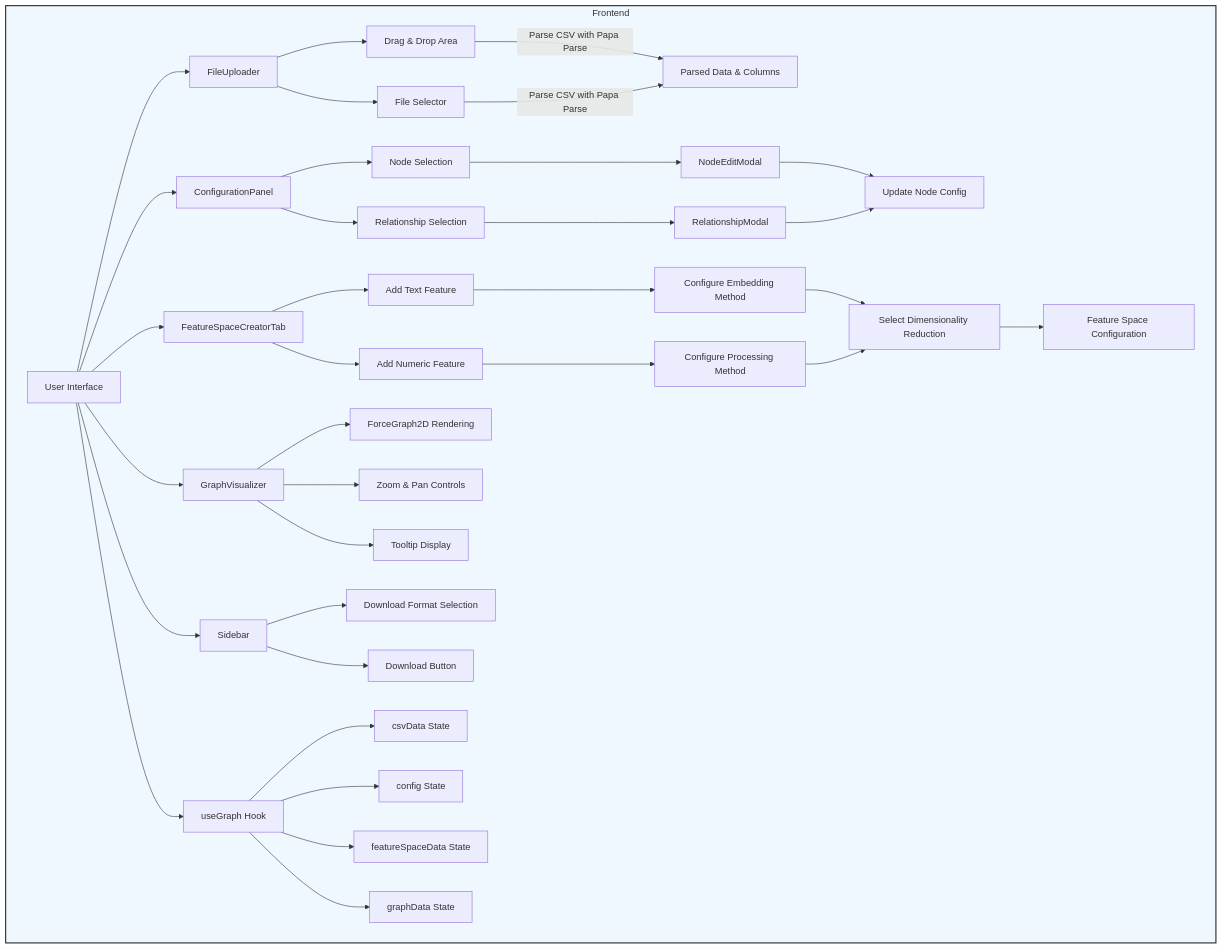
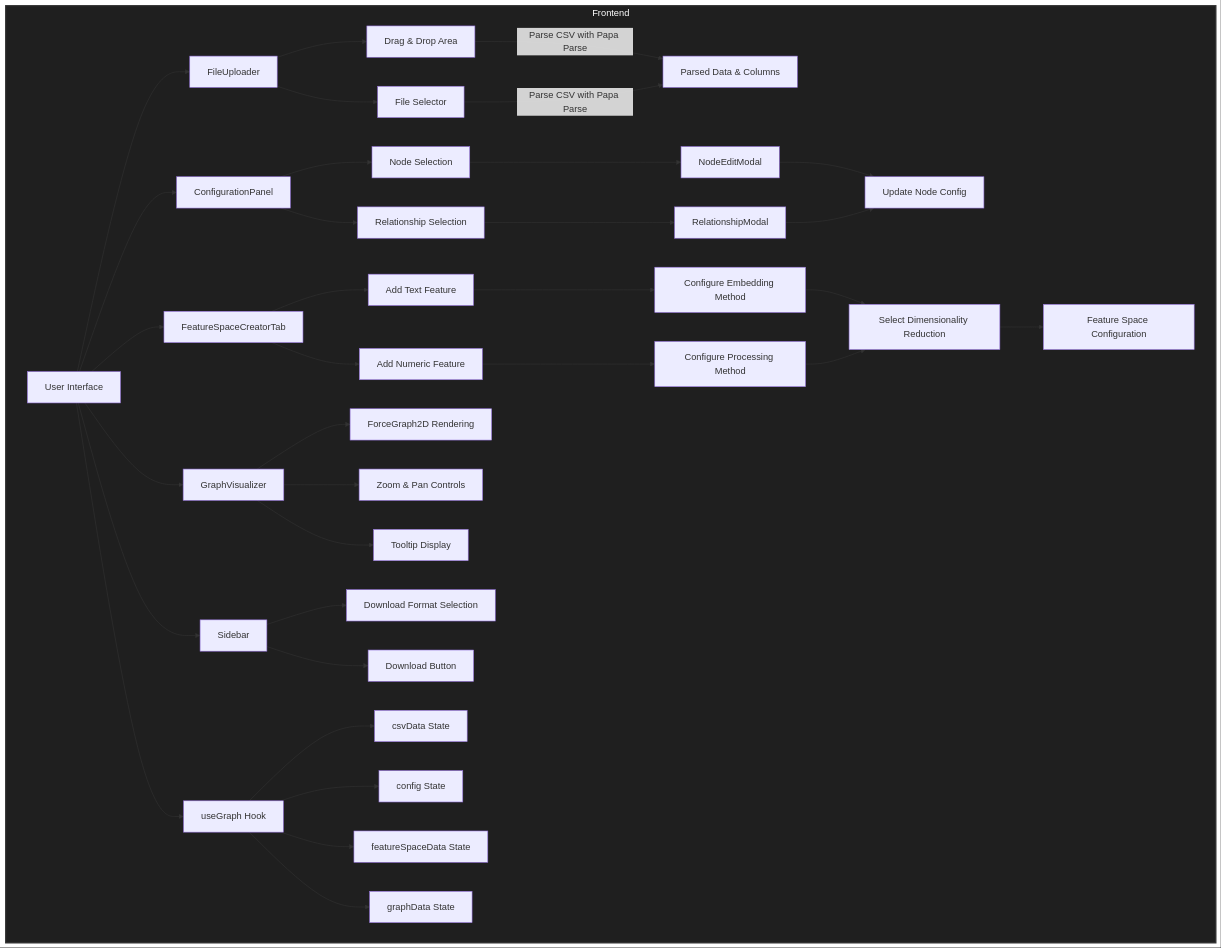
Before and after one commit to MaLoskins/GNN_Application: the first of 6 diagrams in README.md, drawn with Mermaid. The commit also changed other lines of this file, not shown here.

````diff
--- a/README.md
+++ b/README.md
@@ -750,54 +750,54 @@
 ```mermaid
 graph TD
     %% Frontend Section
     subgraph Frontend [Frontend]
         A[User Interface] --> B[FileUploader]
         A --> C[ConfigurationPanel]
         A --> D[FeatureSpaceCreatorTab]
         A --> E[GraphVisualizer]
         A --> F[Sidebar]
         
         %% FileUploader Components
         B --> B1[Drag & Drop Area]
         B --> B2[File Selector]
         B1 --> |Parse CSV with Papa Parse| B3[Parsed Data & Columns]
         B2 --> |Parse CSV with Papa Parse| B3
         
         %% ConfigurationPanel Components
         C --> C1[Node Selection]
         C --> C2[Relationship Selection]
         C1 --> C3[NodeEditModal]
         C2 --> C4[RelationshipModal]
         C3 --> C5[Update Node Config]
         C4 --> C5
         
         %% FeatureSpaceCreatorTab Components
         D --> D1[Add Text Feature]
         D --> D2[Add Numeric Feature]
         D1 --> D3[Configure Embedding Method]
         D2 --> D4[Configure Processing Method]
         D3 --> D5[Select Dimensionality Reduction]
         D4 --> D5
         D5 --> D6[Feature Space Configuration]
         
         %% GraphVisualizer Components
         E --> E1[ForceGraph2D Rendering]
         E --> E2[Zoom & Pan Controls]
         E --> E3[Tooltip Display]
         
         %% Sidebar Components
         F --> F1[Download Format Selection]
         F --> F2[Download Button]
         
         %% State Management
         A --> G[useGraph Hook]
         G --> G1[csvData State]
         G --> G2[config State]
         G --> G3[featureSpaceData State]
         G --> G4[graphData State]
     end
     
     %% Styling
-    classDef frontend fill:#f0f8ff,stroke:#333,stroke-width:2px;
+    classDef frontend fill:#1f1f1f,stroke:#333333,stroke-width:2px,color:#ffffff;
     class Frontend frontend;
 ```
````
